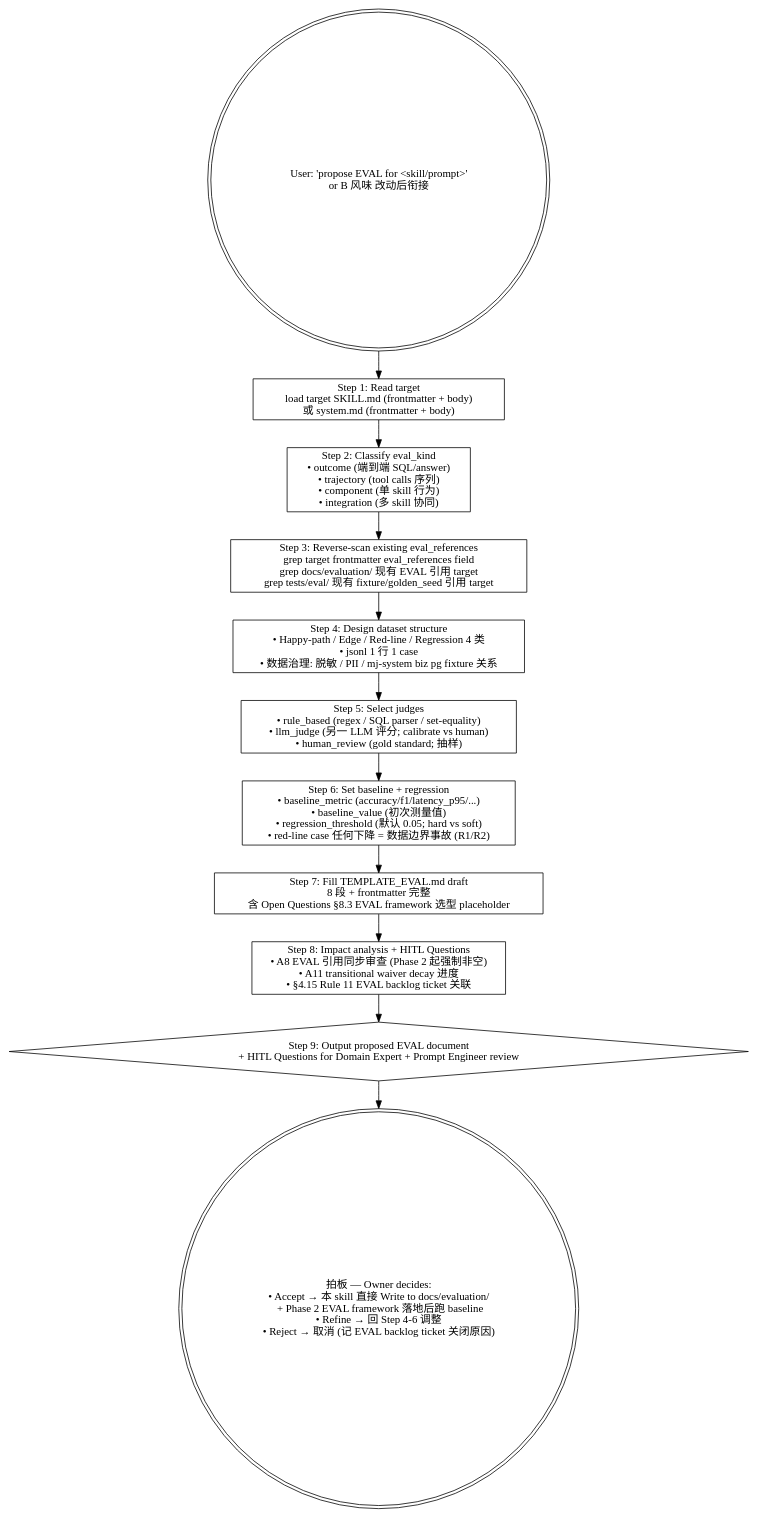
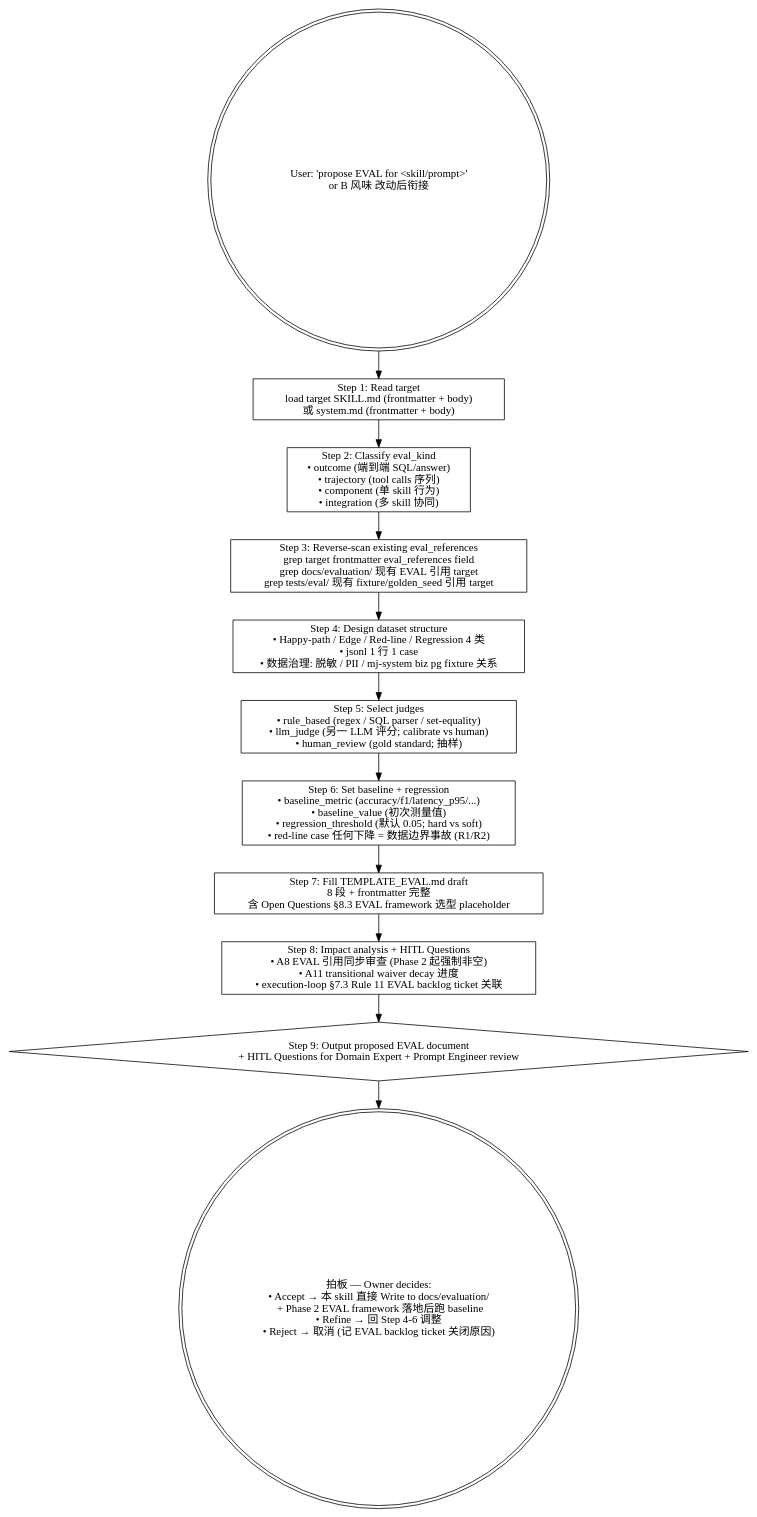
The diagram in .claude/skills/mj-agent-runtime-eval-baseline/SKILL.md (MJ-AgentLab/mj-agent), drawn with Graphviz before and after one commit. The commit also changed other lines of this file and 7 other files, not shown here.

````diff
--- a/.claude/skills/mj-agent-runtime-eval-baseline/SKILL.md
+++ b/.claude/skills/mj-agent-runtime-eval-baseline/SKILL.md
@@ -50,28 +50,28 @@
 ```dot
 digraph eval_baseline {
   rankdir=TB;
   start [label="User: 'propose EVAL for <skill/prompt>'\nor B 风味 改动后衔接" shape=doublecircle];
 
   s1 [label="Step 1: Read target\nload target SKILL.md (frontmatter + body)\n或 system.md (frontmatter + body)" shape=box];
 
   s2 [label="Step 2: Classify eval_kind\n• outcome (端到端 SQL/answer)\n• trajectory (tool calls 序列)\n• component (单 skill 行为)\n• integration (多 skill 协同)" shape=box];
 
   s3 [label="Step 3: Reverse-scan existing eval_references\ngrep target frontmatter eval_references field\ngrep docs/evaluation/ 现有 EVAL 引用 target\ngrep tests/eval/ 现有 fixture/golden_seed 引用 target" shape=box];
 
   s4 [label="Step 4: Design dataset structure\n• Happy-path / Edge / Red-line / Regression 4 类\n• jsonl 1 行 1 case\n• 数据治理: 脱敏 / PII / mj-system biz pg fixture 关系" shape=box];
 
   s5 [label="Step 5: Select judges\n• rule_based (regex / SQL parser / set-equality)\n• llm_judge (另一 LLM 评分; calibrate vs human)\n• human_review (gold standard; 抽样)" shape=box];
 
   s6 [label="Step 6: Set baseline + regression\n• baseline_metric (accuracy/f1/latency_p95/...)\n• baseline_value (初次测量值)\n• regression_threshold (默认 0.05; hard vs soft)\n• red-line case 任何下降 = 数据边界事故 (R1/R2)" shape=box];
 
   s7 [label="Step 7: Fill TEMPLATE_EVAL.md draft\n8 段 + frontmatter 完整\n含 Open Questions §8.3 EVAL framework 选型 placeholder" shape=box];
 
-  s8 [label="Step 8: Impact analysis + HITL Questions\n• A8 EVAL 引用同步审查 (Phase 2 起强制非空)\n• A11 transitional waiver decay 进度\n• §4.15 Rule 11 EVAL backlog ticket 关联" shape=box];
+  s8 [label="Step 8: Impact analysis + HITL Questions\n• A8 EVAL 引用同步审查 (Phase 2 起强制非空)\n• A11 transitional waiver decay 进度\n• execution-loop §7.3 Rule 11 EVAL backlog ticket 关联" shape=box];
 
   s9 [label="Step 9: Output proposed EVAL document\n+ HITL Questions for Domain Expert + Prompt Engineer review" shape=diamond];
 
   hitl [label="拍板 — Owner decides:\n• Accept → 本 skill 直接 Write to docs/evaluation/\n  + Phase 2 EVAL framework 落地后跑 baseline\n• Refine → 回 Step 4-6 调整\n• Reject → 取消 (记 EVAL backlog ticket 关闭原因)" shape=doublecircle];
 
   start -> s1 -> s2 -> s3 -> s4 -> s5 -> s6 -> s7 -> s8 -> s9 -> hitl;
 }
 ```
````
